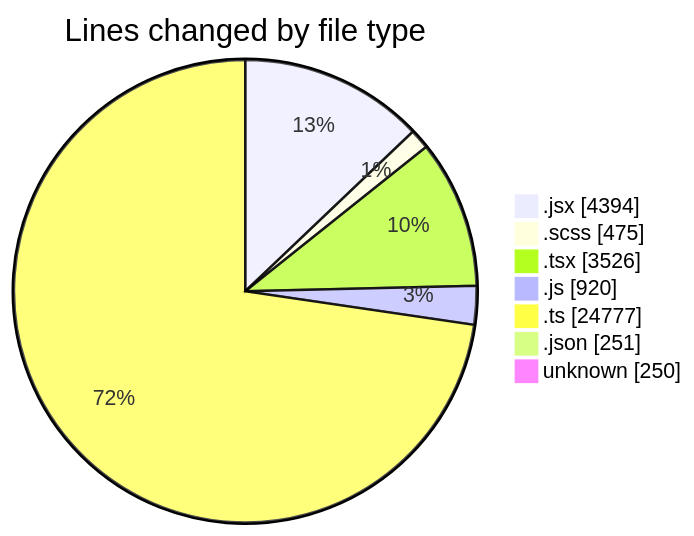
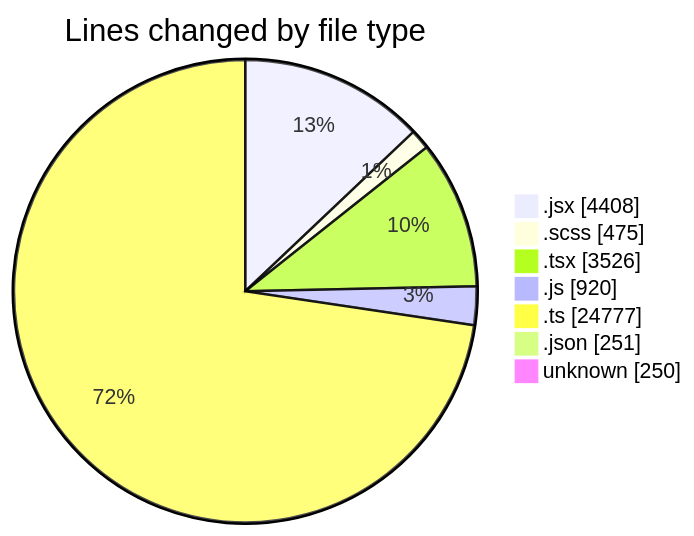
Before and after one commit to momahboobian/code-tracking: the first of 2 diagrams in 2026-09-02/cda/README.md, drawn with Mermaid. The commit also changed other lines of this file and 1 other file, not shown here.

````diff
--- a/2026-09-02/cda/README.md
+++ b/2026-09-02/cda/README.md
@@ -77,11 +77,11 @@
 ```mermaid
 pie showData
 title Lines changed by file type
-".jsx" : 4394
+".jsx" : 4408
 ".scss" : 475
 ".tsx" : 3526
 ".js" : 920
 ".ts" : 24777
 ".json" : 251
 "unknown" : 250
 ```
````
